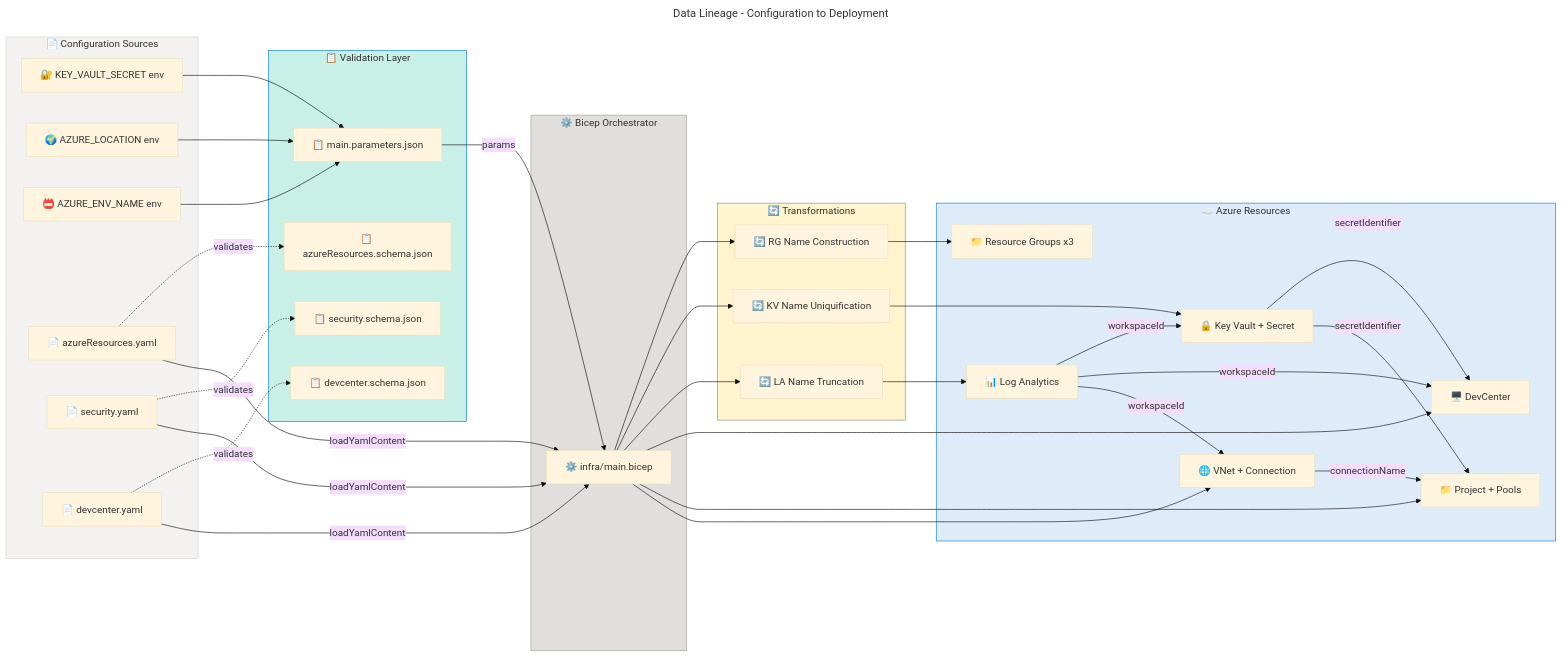
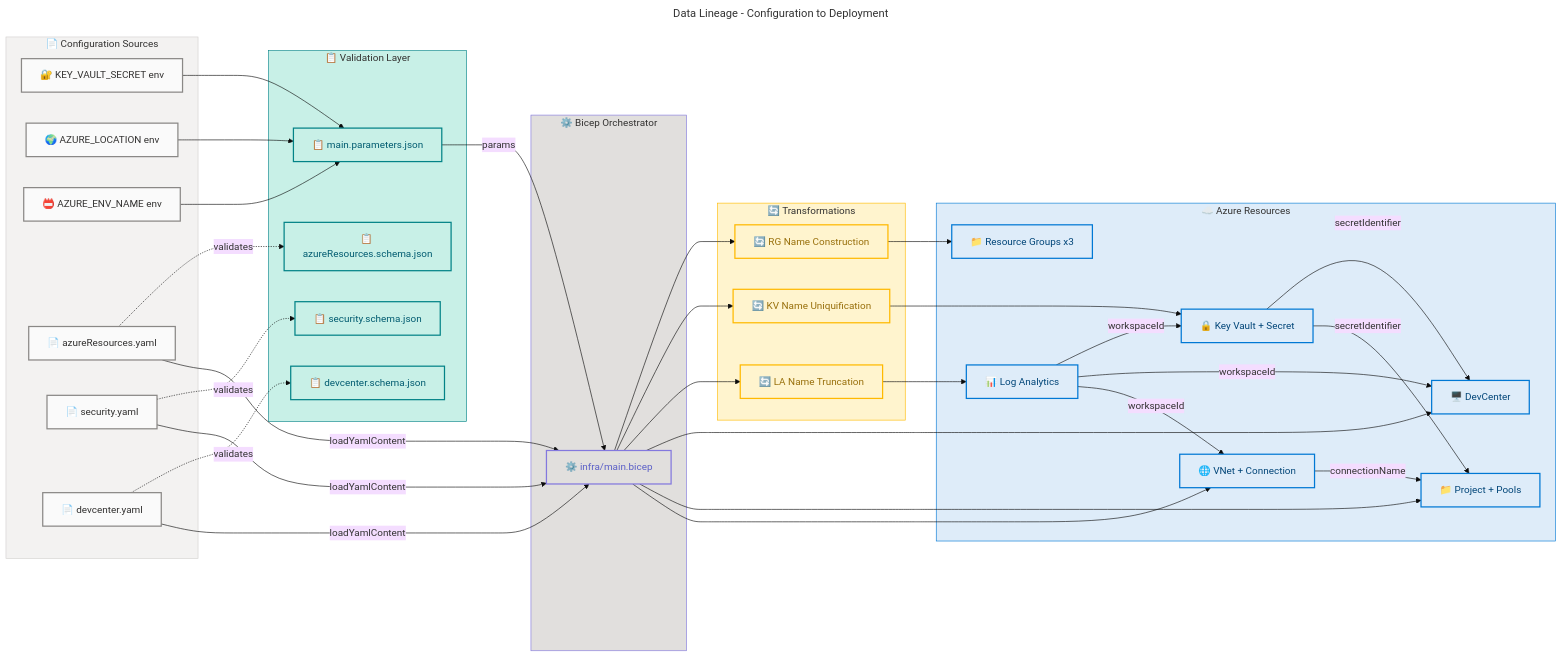
One commit to Evilazaro/DevExp-DevBox changed the ninth of 9 diagrams in docs/architecture/data-architecture.md. Above: the diagram before and after it, drawn with Mermaid.

Commit message:
style: enhance flowchart color coding for improved clarity and categorization

````diff
--- a/docs/architecture/data-architecture.md
+++ b/docs/architecture/data-architecture.md
@@ -1122,42 +1122,42 @@
     accDescr: Shows end-to-end data flow from YAML configs and environment variables through Bicep orchestrator to Azure resource deployment
 
     subgraph SOURCES["📄 Configuration Sources"]
-        E1["🔐 KEY_VAULT_SECRET env"]
-        E2["🌍 AZURE_LOCATION env"]
-        E3["📛 AZURE_ENV_NAME env"]
-        Y1["📄 azureResources.yaml"]
-        Y2["📄 security.yaml"]
-        Y3["📄 devcenter.yaml"]
+        E1["🔐 KEY_VAULT_SECRET env"]:::neutral
+        E2["🌍 AZURE_LOCATION env"]:::neutral
+        E3["📛 AZURE_ENV_NAME env"]:::neutral
+        Y1["📄 azureResources.yaml"]:::neutral
+        Y2["📄 security.yaml"]:::neutral
+        Y3["📄 devcenter.yaml"]:::neutral
     end
     style SOURCES fill:#F3F2F1,stroke:#D2D0CE,color:#323130
 
     subgraph VALIDATION["📋 Validation Layer"]
-        S1["📋 azureResources.schema.json"]
-        S2["📋 security.schema.json"]
-        S3["📋 devcenter.schema.json"]
-        P1["📋 main.parameters.json"]
+        S1["📋 azureResources.schema.json"]:::teal
+        S2["📋 security.schema.json"]:::teal
+        S3["📋 devcenter.schema.json"]:::teal
+        P1["📋 main.parameters.json"]:::teal
     end
-    style VALIDATION fill:#C8F0E7,stroke:#0078D4,color:#323130
+    style VALIDATION fill:#C8F0E7,stroke:#038387,color:#323130
 
     subgraph ORCHESTRATOR["⚙️ Bicep Orchestrator"]
-        MB["⚙️ infra/main.bicep"]
+        MB["⚙️ infra/main.bicep"]:::data
     end
-    style ORCHESTRATOR fill:#E1DFDD,stroke:#A19F9D,color:#323130
+    style ORCHESTRATOR fill:#E1DFDD,stroke:#8378DE,color:#323130
 
     subgraph TRANSFORMS["🔄 Transformations"]
-        T1["🔄 RG Name Construction"]
-        T2["🔄 KV Name Uniquification"]
-        T3["🔄 LA Name Truncation"]
+        T1["🔄 RG Name Construction"]:::warning
+        T2["🔄 KV Name Uniquification"]:::warning
+        T3["🔄 LA Name Truncation"]:::warning
     end
-    style TRANSFORMS fill:#FFF4CE,stroke:#8A8886,color:#323130
+    style TRANSFORMS fill:#FFF4CE,stroke:#FFB900,color:#323130
 
     subgraph RESOURCES["☁️ Azure Resources"]
-        RG["📁 Resource Groups x3"]
-        KV["🔒 Key Vault + Secret"]
-        LA["📊 Log Analytics"]
-        DC["🖥️ DevCenter"]
-        PR["📁 Project + Pools"]
-        NET["🌐 VNet + Connection"]
+        RG["📁 Resource Groups x3"]:::core
+        KV["🔒 Key Vault + Secret"]:::core
+        LA["📊 Log Analytics"]:::core
+        DC["🖥️ DevCenter"]:::core
+        PR["📁 Project + Pools"]:::core
+        NET["🌐 VNet + Connection"]:::core
     end
     style RESOURCES fill:#DEECF9,stroke:#0078D4,color:#323130
 
@@ -1190,4 +1190,10 @@
     LA -->|"workspaceId"| DC
     LA -->|"workspaceId"| NET
     NET -->|"connectionName"| PR
+
+    classDef neutral fill:#FAFAFA,stroke:#8A8886,stroke-width:2px,color:#323130
+    classDef teal fill:#C8F0E7,stroke:#038387,stroke-width:2px,color:#005B70
+    classDef data fill:#E1DFDD,stroke:#8378DE,stroke-width:2px,color:#5B5FC7
+    classDef warning fill:#FFF4CE,stroke:#FFB900,stroke-width:2px,color:#986F0B
+    classDef core fill:#DEECF9,stroke:#0078D4,stroke-width:2px,color:#004578
 ```
````
